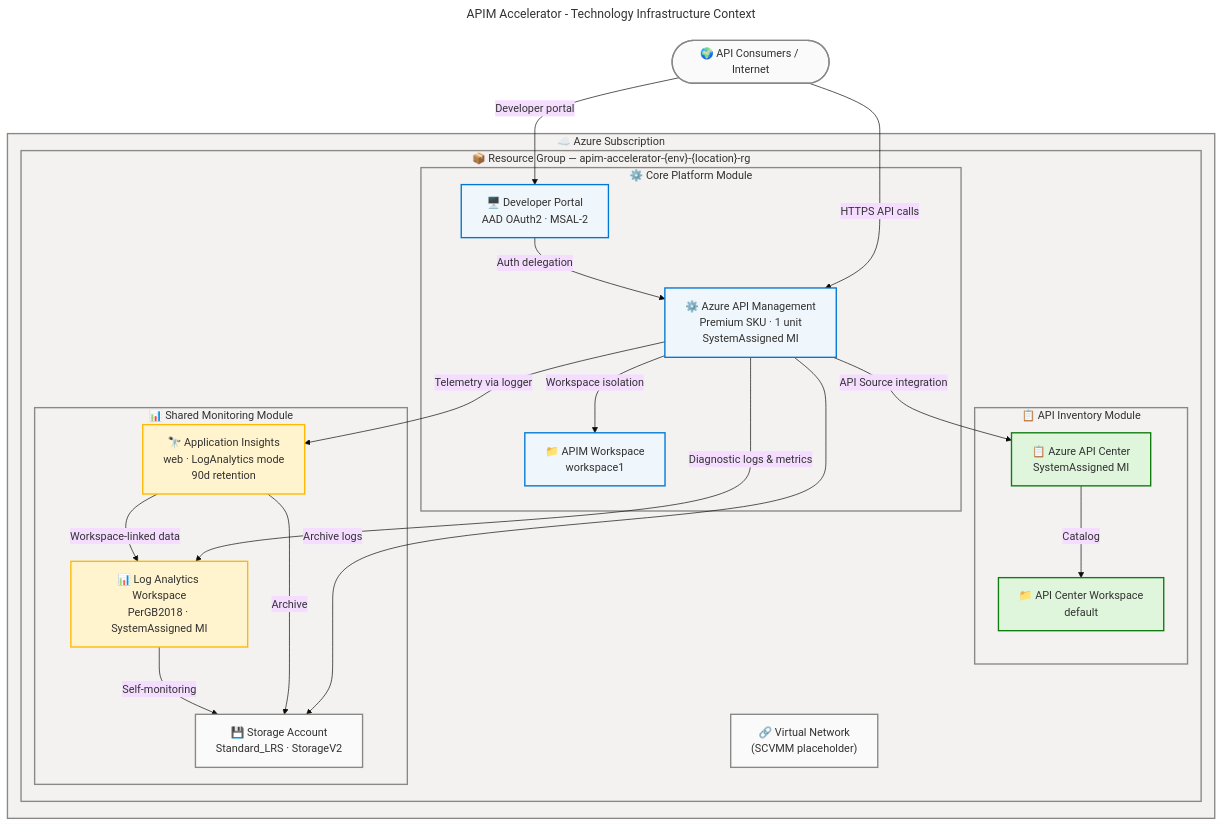
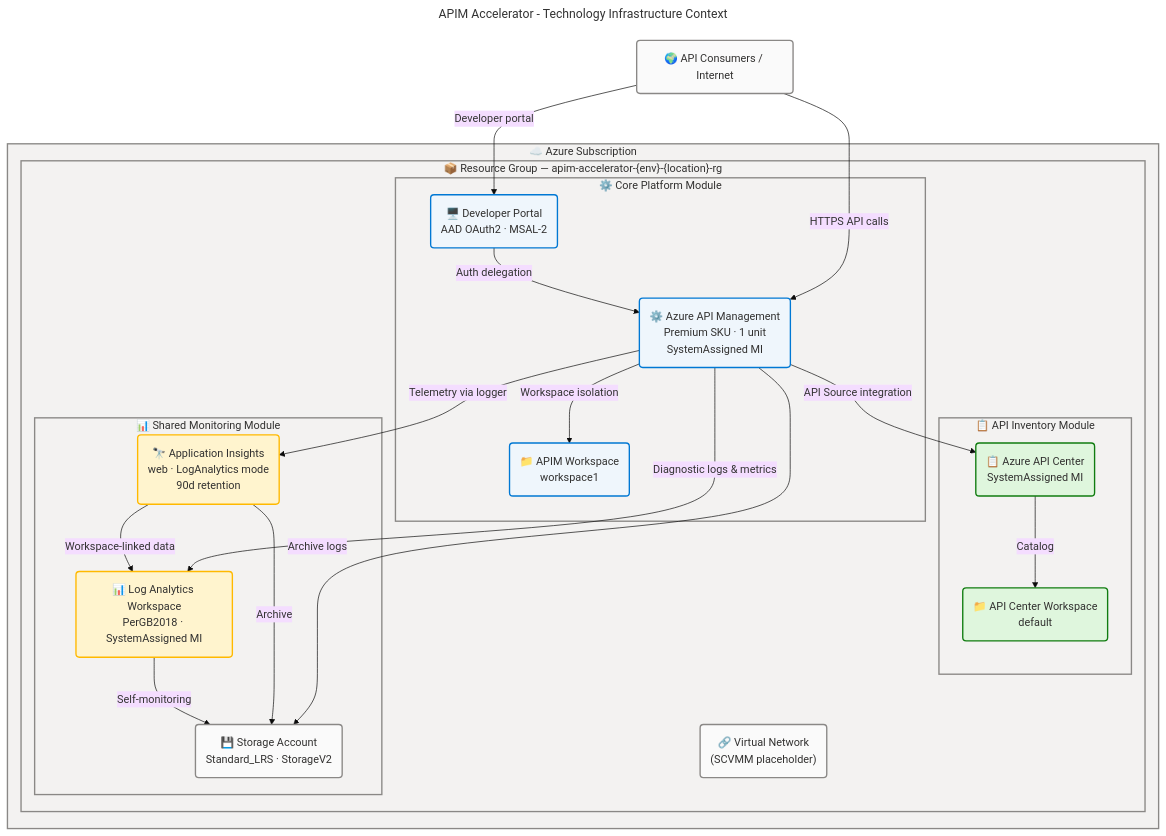
The first of 2 diagrams in docs/architecture/technology-architecture.md (Evilazaro/APIM-Accelerator), drawn with Mermaid before and after one commit. The commit also changed other lines of this file and 1 other file, not shown here.

Commit message:
style: enhance Azure/Fluent architecture pattern documentation with semantic class definitions and accessibility governance in flowcharts

````diff
--- a/docs/architecture/technology-architecture.md
+++ b/docs/architecture/technology-architecture.md
@@ -277,80 +277,80 @@
 ```mermaid
 ---
 title: "APIM Accelerator - Technology Infrastructure Context"
 config:
   theme: base
   look: classic
   layout: dagre
   themeVariables:
     fontSize: '16px'
   flowchart:
     htmlLabels: true
 ---
 flowchart TB
     accTitle: APIM Accelerator Technology Infrastructure Context
     accDescr: Shows all 23 Azure technology components organized within the resource group and their primary connectivity relationships
 
     %% ═══════════════════════════════════════════════════════════════════════════
     %% AZURE / FLUENT ARCHITECTURE PATTERN v2.0
     %% (Semantic + Structural + Font + Accessibility Governance)
     %% ═══════════════════════════════════════════════════════════════════════════
     %% PHASE 1 - FLUENT UI: All styling uses approved Fluent UI palette only
     %% PHASE 2 - GROUPS: Every subgraph has semantic color via style directive
     %% PHASE 3 - COMPONENTS: Every node has semantic classDef + icon prefix
     %% PHASE 4 - ACCESSIBILITY: accTitle/accDescr present, WCAG AA contrast
     %% PHASE 5 - STANDARD: Governance block present, classDefs centralized
     %% ═══════════════════════════════════════════════════════════════════════════
 
 
-    Internet(["🌍 API Consumers / Internet"]):::neutral
+    Internet("🌍 API Consumers / Internet"):::neutral
 
     subgraph AzSub["☁️ Azure Subscription"]
         subgraph RG["📦 Resource Group — apim-accelerator-{env}-{location}-rg"]
 
             subgraph CorePlatform["⚙️ Core Platform Module"]
-                APIM["⚙️ Azure API Management\nPremium SKU · 1 unit\nSystemAssigned MI"]:::core
-                DevPortal["🖥️ Developer Portal\nAAD OAuth2 · MSAL-2"]:::core
-                WS["📁 APIM Workspace\nworkspace1"]:::core
+                APIM("⚙️ Azure API Management\nPremium SKU · 1 unit\nSystemAssigned MI"):::core
+                DevPortal("🖥️ Developer Portal\nAAD OAuth2 · MSAL-2"):::core
+                WS("📁 APIM Workspace\nworkspace1"):::core
             end
 
             subgraph Inventory["📋 API Inventory Module"]
-                APICenter["📋 Azure API Center\nSystemAssigned MI"]:::success
-                APICWorkspace["📁 API Center Workspace\ndefault"]:::success
+                APICenter("📋 Azure API Center\nSystemAssigned MI"):::success
+                APICWorkspace("📁 API Center Workspace\ndefault"):::success
             end
 
             subgraph SharedMon["📊 Shared Monitoring Module"]
-                LAW["📊 Log Analytics Workspace\nPerGB2018 · SystemAssigned MI"]:::warning
-                AppIns["🔭 Application Insights\nweb · LogAnalytics mode\n90d retention"]:::warning
-                StorageAcct["💾 Storage Account\nStandard_LRS · StorageV2"]:::neutral
+                LAW("📊 Log Analytics Workspace\nPerGB2018 · SystemAssigned MI"):::warning
+                AppIns("🔭 Application Insights\nweb · LogAnalytics mode\n90d retention"):::warning
+                StorageAcct("💾 Storage Account\nStandard_LRS · StorageV2"):::neutral
             end
 
-            VNet["🔗 Virtual Network\n(SCVMM placeholder)"]:::neutral
+            VNet("🔗 Virtual Network\n(SCVMM placeholder)"):::neutral
         end
     end
 
     Internet -->|HTTPS API calls| APIM
     Internet -->|Developer portal| DevPortal
     DevPortal -->|Auth delegation| APIM
     APIM -->|Workspace isolation| WS
     APIM -->|API Source integration| APICenter
     APICenter -->|Catalog| APICWorkspace
     APIM -->|Diagnostic logs & metrics| LAW
     APIM -->|Telemetry via logger| AppIns
     APIM -->|Archive logs| StorageAcct
     AppIns -->|Workspace-linked data| LAW
     AppIns -->|Archive| StorageAcct
     LAW -->|Self-monitoring| StorageAcct
 
     classDef neutral fill:#FAFAFA,stroke:#8A8886,stroke-width:2px,color:#323130
     classDef core fill:#EFF6FC,stroke:#0078D4,stroke-width:2px,color:#323130
     classDef success fill:#DFF6DD,stroke:#107C10,stroke-width:2px,color:#323130
     classDef warning fill:#FFF4CE,stroke:#FFB900,stroke-width:2px,color:#323130
     classDef danger fill:#FDE7E9,stroke:#D13438,stroke-width:2px,color:#323130
 
     style AzSub fill:#F3F2F1,stroke:#8A8886,stroke-width:2px,color:#323130
     style RG fill:#F3F2F1,stroke:#8A8886,stroke-width:2px,color:#323130
     style CorePlatform fill:#F3F2F1,stroke:#8A8886,stroke-width:2px,color:#323130
     style Inventory fill:#F3F2F1,stroke:#8A8886,stroke-width:2px,color:#323130
     style SharedMon fill:#F3F2F1,stroke:#8A8886,stroke-width:2px,color:#323130
 
 ```
````
